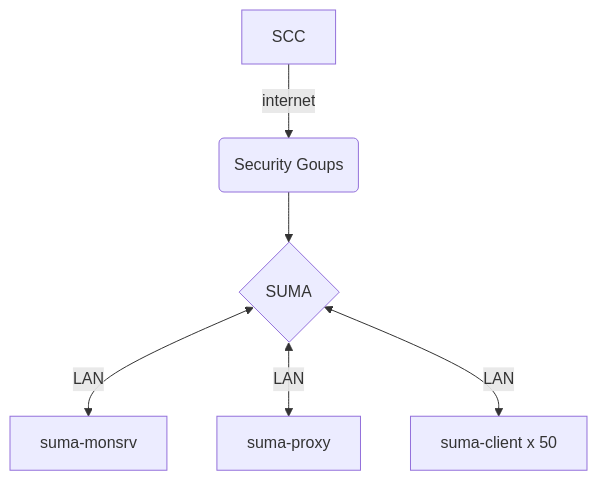
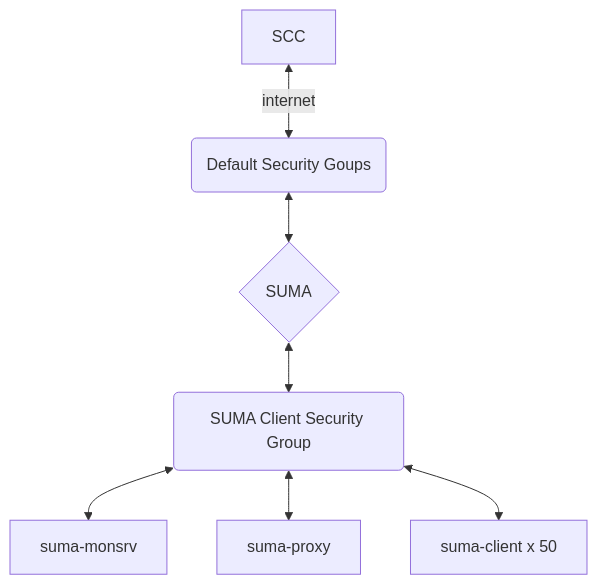
One commit to stevemc-suse/suma-interactive-demo-environment changed the diagram in README.md. Above: the diagram before and after it, drawn with Mermaid.

Commit message:
Update README.md
Update diagram

````diff
--- a/README.md
+++ b/README.md
@@ -72,10 +72,11 @@
 ```mermaid 
 flowchart 
 
-A[SCC] -->|internet| B(Security Goups)
-B --> C{SUMA}
-C <-->|LAN| D[suma-monsrv]
-C <-->|LAN| E[suma-proxy]
-C <-->|LAN| G[suma-client x 50]
+A[SCC] <--> |internet| B( Default Security Goups)
+F(SUMA Client Security Group)
+B <--> C{SUMA}
+C <--> F <--> D[suma-monsrv]
+F <--> E[suma-proxy]
+F <--> G[suma-client x 50] 
 
 ```
````
